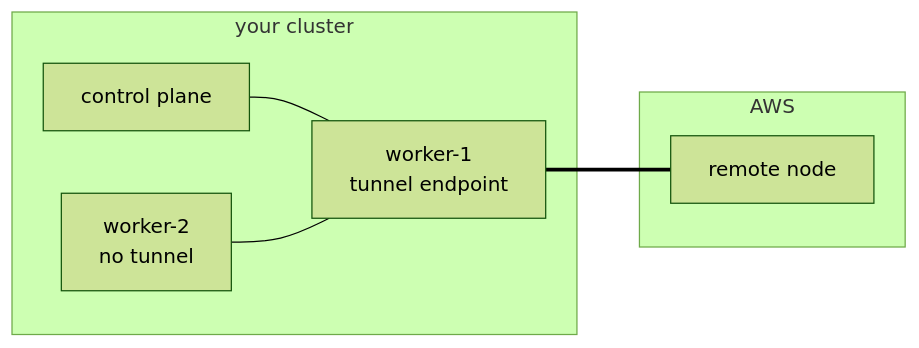
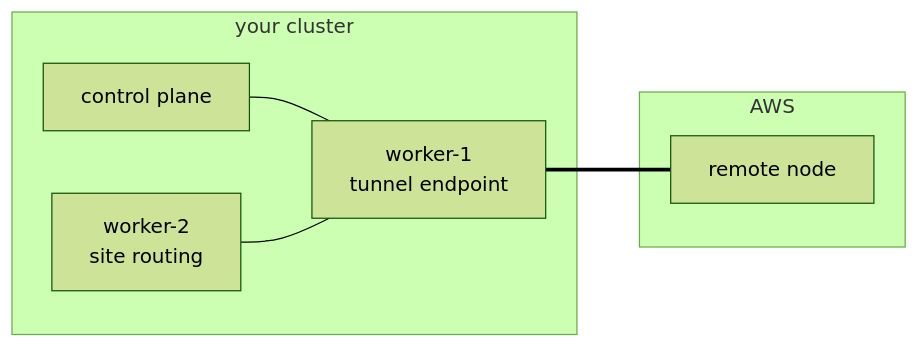
Before and after one commit to AppMana/cloud-provisioning: the third of 3 diagrams in README.md, drawn with Mermaid (forest theme). The commit also changed other lines of this file and 1002 other files, not shown here.

````diff
--- a/README.md
+++ b/README.md
@@ -261,15 +264,15 @@
 ```mermaid
 graph LR
   subgraph onprem["your cluster"]
     cp["control plane"]
     w1["worker-1<br/>tunnel endpoint"]
-    w2["worker-2<br/>no tunnel"]
+    w2["worker-2<br/>site routing"]
   end
   subgraph aws["AWS"]
     r1["remote node"]
   end
   cp --- w1
   w2 --- w1
   w1 === r1
   linkStyle 2 stroke-width:3px
 ```
````
